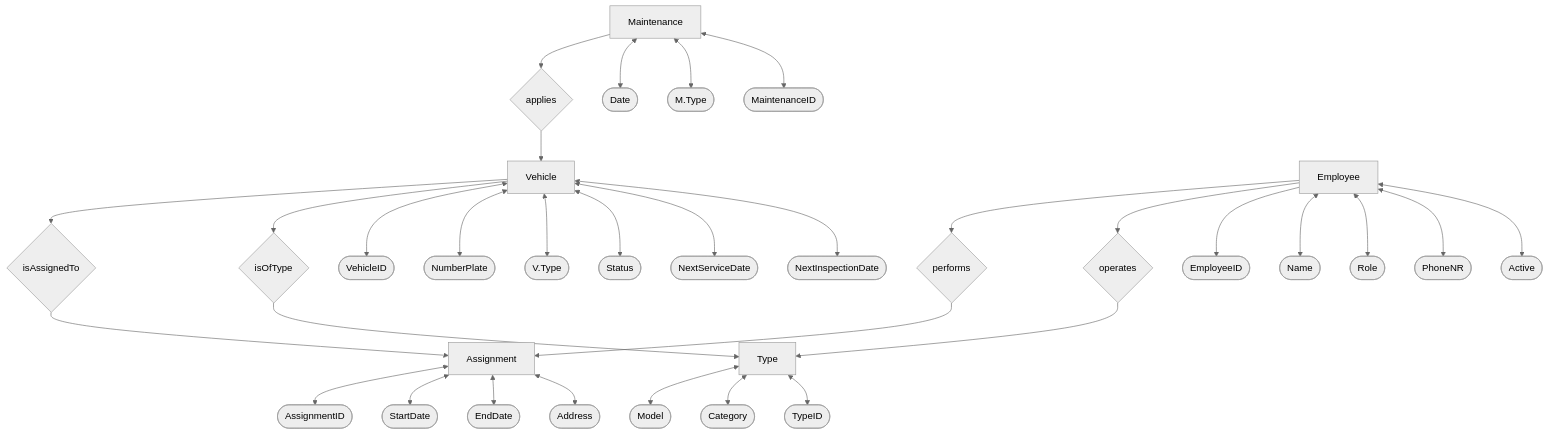
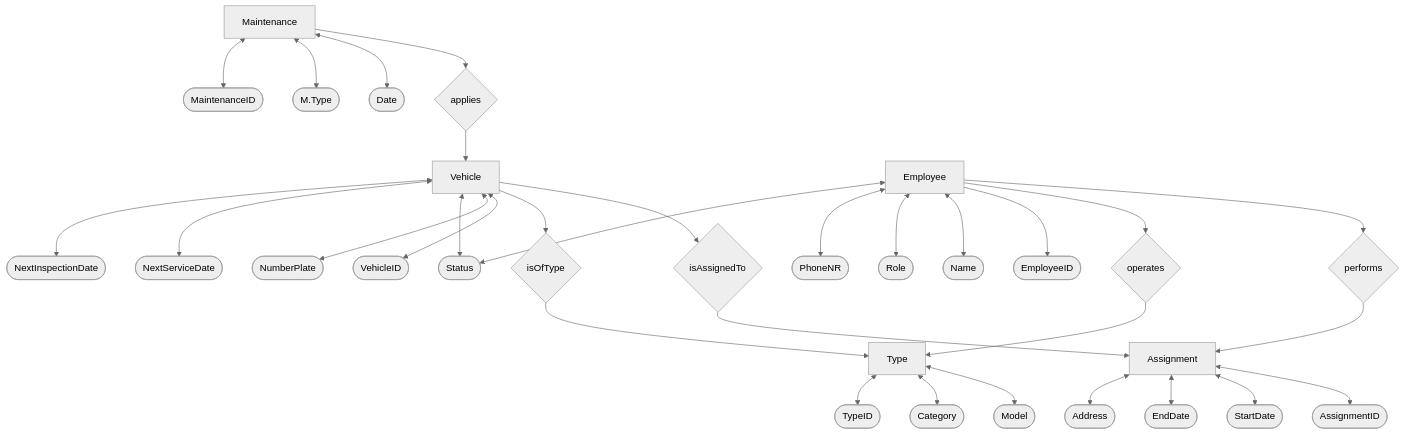
The diagram in docs/Conceptual Model.md (MatiasHeiberg/sibdat25_DatabaseProject), drawn with Mermaid (neutral theme) before and after one commit. The commit also changed 1 other file, not shown here.

Commit message:
Rettelser

````diff
--- a/docs/Conceptual Model.md
+++ b/docs/Conceptual Model.md
@@ -3,45 +3,45 @@
 ```mermaid  
 flowchart TB
 
 Maintenance[Maintenance] --> applies{applies} 
 applies{applies} --> Vehicle[Vehicle]
 
 Employee[Employee] --> performs{performs} 
 performs{performs} --> Assignment[Assignment]
 
 Vehicle[Vehicle] --> isAssignedTo{isAssignedTo}
 isAssignedTo{isAssignedTo} --> Assignment[Assignment]
 
 Employee[Employee] --> operates{operates} 
 operates{operates} --> Type[Type]
 
 Vehicle[Vehicle] --> isOfType{isOfType} 
 isOfType{isOfType} --> Type[Type]
 
 Vehicle[Vehicle] <--> VehicleID([VehicleID])
 Vehicle[Vehicle] <--> NumberPlate([NumberPlate])
-Vehicle[Vehicle] <--> V.Type([V.Type])
+
 Vehicle[Vehicle] <--> Status([Status])
 Vehicle[Vehicle] <--> NextServiceDate([NextServiceDate])
 Vehicle[Vehicle] <--> NextInspectionDate([NextInspectionDate])
 
 Employee[Employee] --> EmployeeID([EmployeeID])
 Employee[Employee] <--> Name([Name])
 Employee[Employee] <--> Role([Role])
 Employee[Employee] <--> PhoneNR([PhoneNR]) 
-Employee[Employee] <--> Active([Active]) 
+Employee[Employee] <--> Status([Status]) 
 Assignment[Assignment] <--> AssignmentID([AssignmentID])
 Assignment[Assignment] <--> StartDate([StartDate])
 Assignment[Assignment] <--> EndDate([EndDate])
 Assignment[Assignment] <--> Address([Address])
 Maintenance[Maintenance] <--> Date([Date])
 Maintenance[Maintenance] <--> M.Type([M.Type])
 Maintenance[Maintenance] <--> MaintenanceID([MaintenanceID])
 Type[Type] <--> Model([Model])
 Type[Type] <--> Category([Category])
 Type[Type] <--> TypeID([TypeID])
 
 
 
 
 ```
````
